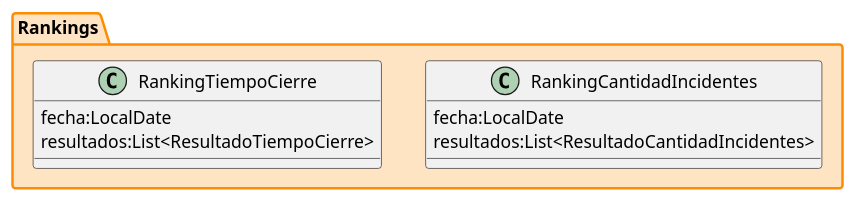
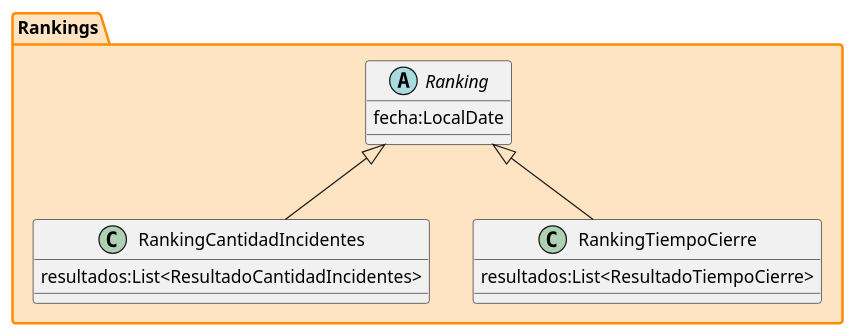
Before and after one commit to tomidandrea/TPA-DDS-2023: the diagram in Entrega-4/out/ranking.puml, drawn with PlantUML. The commit also changed 6 other files, not shown here.

```diff
--- a/Entrega-4/out/ranking.puml
+++ b/Entrega-4/out/ranking.puml
@@ -1,13 +1,14 @@
 @startuml
 'https://plantuml.com/class-diagram
 package Rankings #back:bisque;line:darkorange;line.bold {
-    class RankingCantidadIncidentes{
+    abstract class Ranking{
         fecha:LocalDate
+    }
+    class RankingCantidadIncidentes extends Ranking{
         resultados:List<ResultadoCantidadIncidentes>
     }
-    class RankingTiempoCierre{
-        fecha:LocalDate
+    class RankingTiempoCierre  extends Ranking{
         resultados:List<ResultadoTiempoCierre>
     }
 }
 @enduml
```
